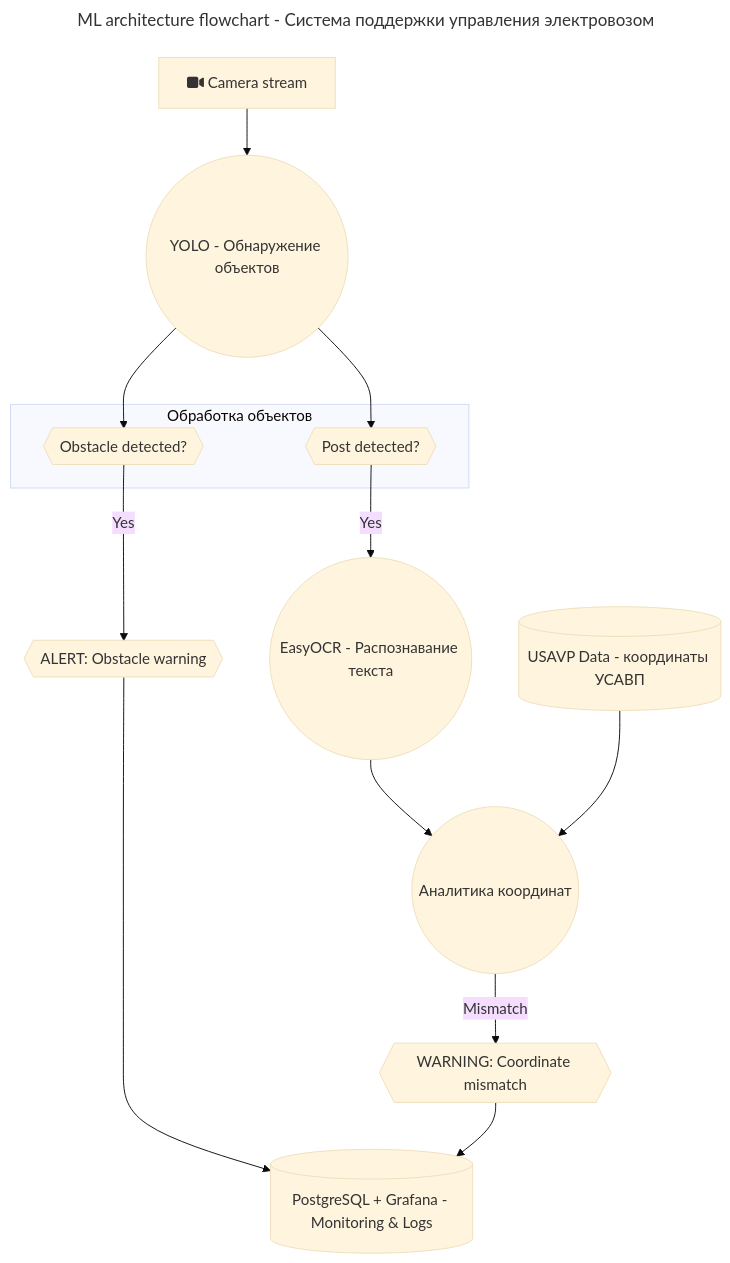
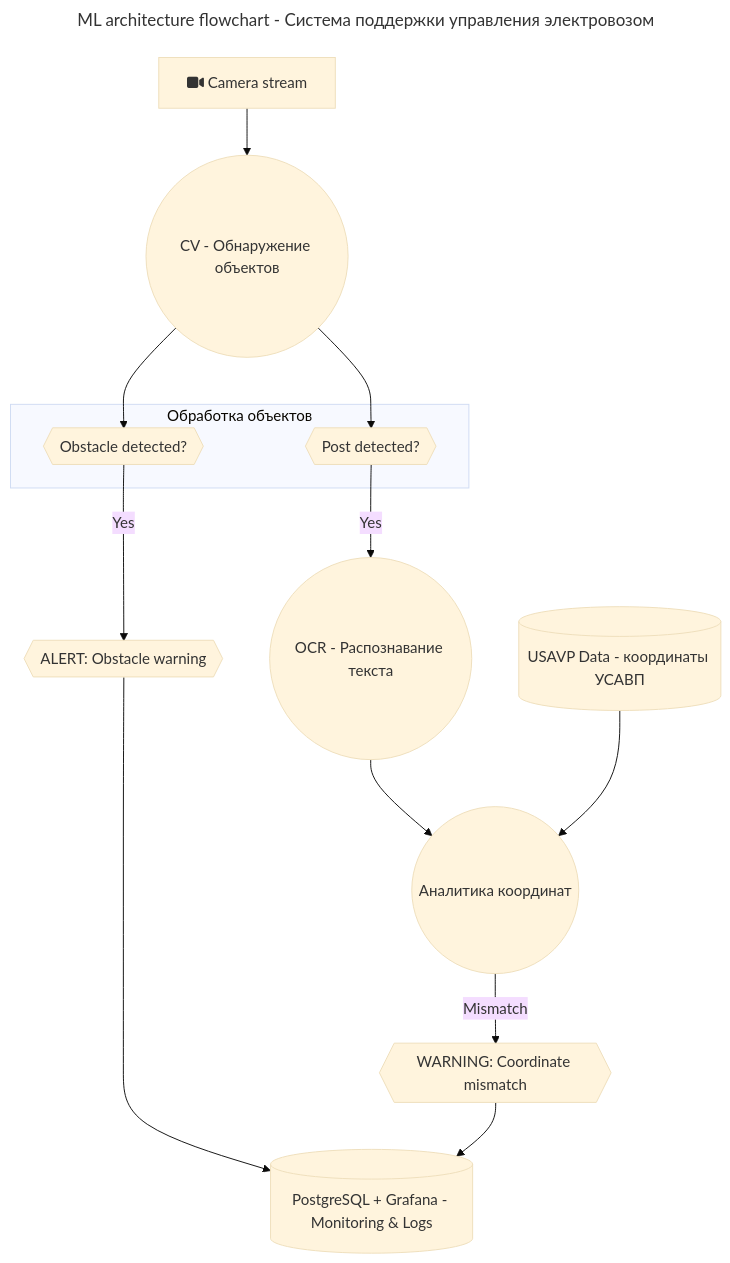
Before and after one commit to erofdmit/ml-system-design-aith: the diagram in docs/ml_system_design_doc.md, drawn with Mermaid (base theme).

````diff
--- a/docs/ml_system_design_doc.md
+++ b/docs/ml_system_design_doc.md
@@ -60,38 +60,38 @@
 ```mermaid
 ---
 title: ML architecture flowchart - Система поддержки управления электровозом
 ---
 
 flowchart TD
     camera[fa:fa-video Camera stream]
-    detection_model((YOLO - Обнаружение объектов))
+    detection_model((CV - Обнаружение объектов))
     
     subgraph Обработка объектов
         detect_obstacle{{Obstacle detected?}}
         detect_post{{Post detected?}}
     end
 
-    ocr_model((EasyOCR - Распознавание текста))
+    ocr_model((OCR - Распознавание текста))
     usavp_data[(USAVP Data - координаты УСАВП)]
     analysis((Аналитика координат))
     
     alert_obstacle{{ALERT: Obstacle warning}}
     alert_mismatch{{WARNING: Coordinate mismatch}}
 
     monitoring[(PostgreSQL + Grafana - Monitoring & Logs)]
 
     camera --> detection_model
     detection_model --> detect_obstacle
     detection_model --> detect_post
 
     detect_obstacle -- Yes --> alert_obstacle
     alert_obstacle --> monitoring
 
     detect_post -- Yes --> ocr_model
     ocr_model --> analysis
     usavp_data --> analysis
 
     analysis --Mismatch--> alert_mismatch
     alert_mismatch --> monitoring
 
 ```
````
